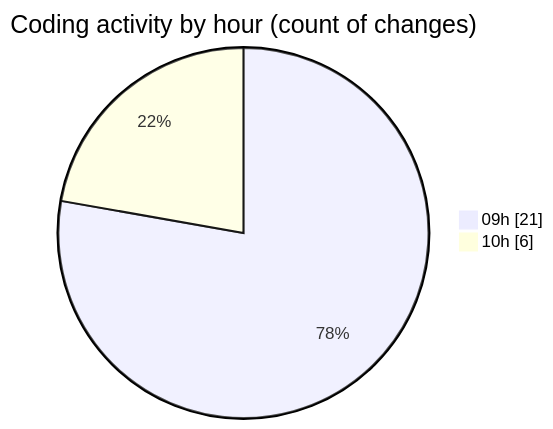
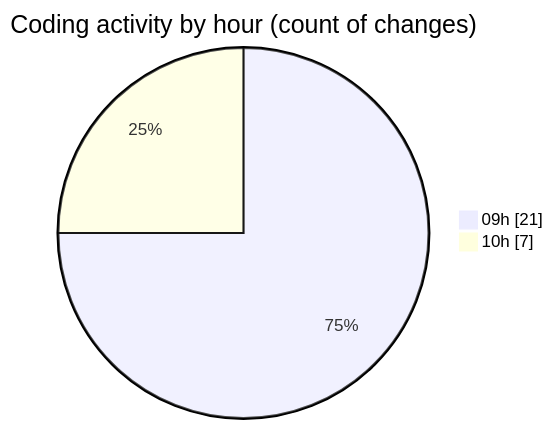
The second of 2 diagrams in 2025-09-09/cda/README.md (momahboobian/code-tracking), drawn with Mermaid before and after one commit. The commit also changed other lines of this file and 1 other file, not shown here.

````diff
--- a/2025-09-09/cda/README.md
+++ b/2025-09-09/cda/README.md
@@ -30,6 +31,6 @@
 ```mermaid
 pie showData
 title Coding activity by hour (count of changes)
 "09h" : 21
-"10h" : 6
+"10h" : 7
 ```
````
